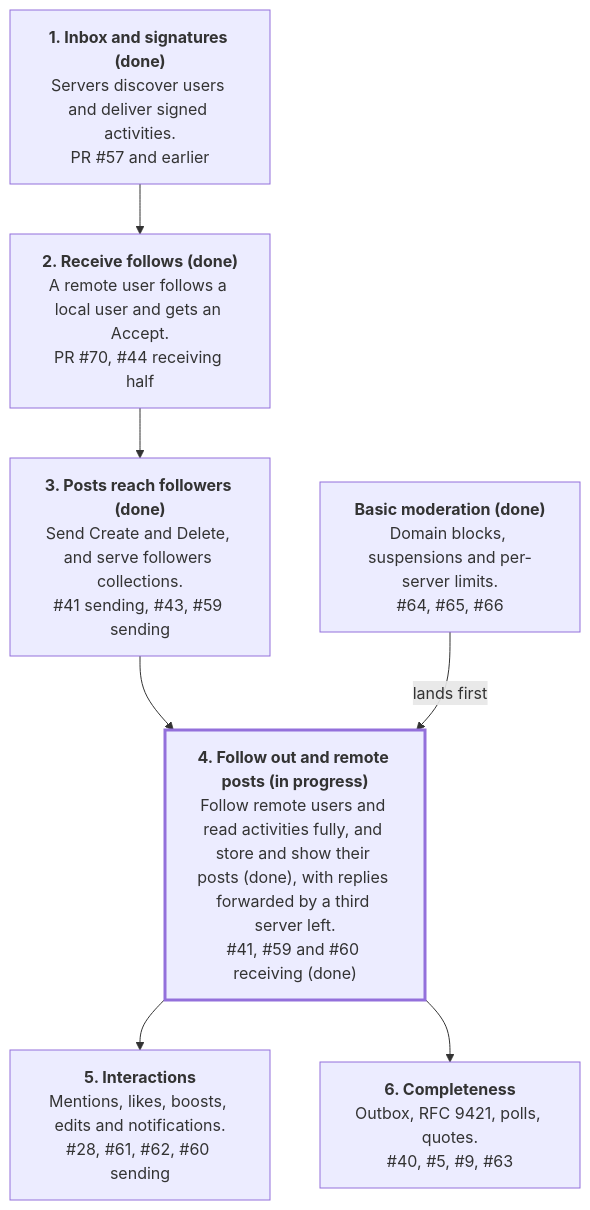
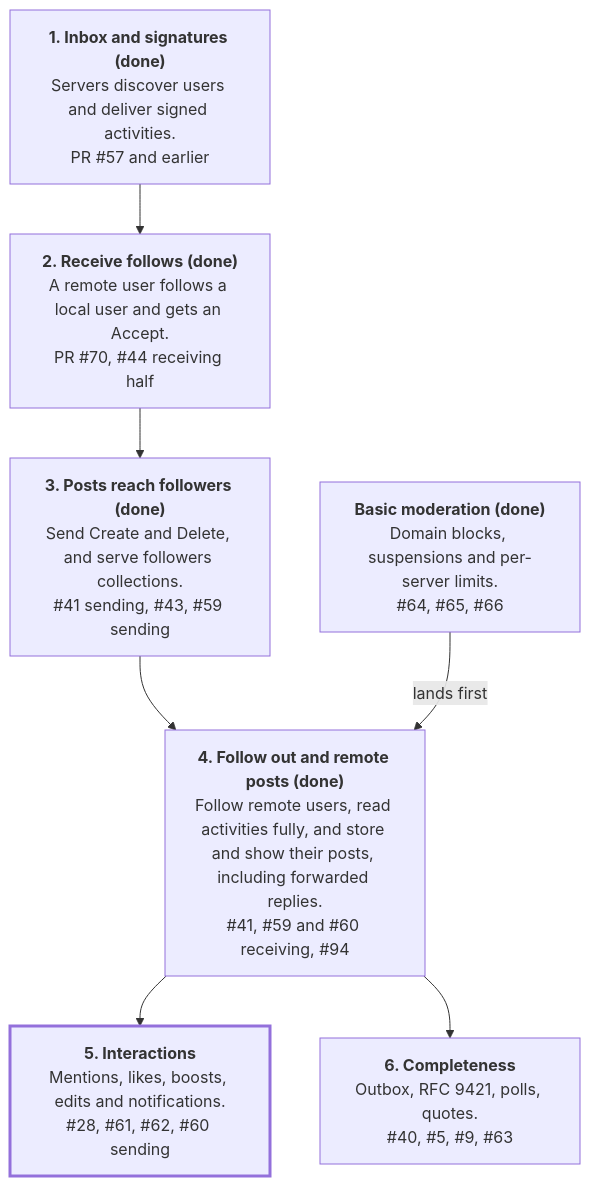
Before and after one commit to normikoto/elysium: the diagram in docs/federation-plan.md, drawn with Mermaid. The commit also changed other lines of this file and 33 other files, not shown here.

````diff
--- a/docs/federation-plan.md
+++ b/docs/federation-plan.md
@@ -25,16 +25,16 @@
 ```mermaid
 flowchart TD
     m1["<b>1. Inbox and signatures (done)</b><br/>Servers discover users and deliver signed activities.<br/>PR #57 and earlier"]
     m2["<b>2. Receive follows (done)</b><br/>A remote user follows a local user and gets an Accept.<br/>PR #70, #44 receiving half"]
     m3["<b>3. Posts reach followers (done)</b><br/>Send Create and Delete, and serve followers collections.<br/>#41 sending, #43, #59 sending"]
-    m4["<b>4. Follow out and remote posts (in progress)</b><br/>Follow remote users and read activities fully, and store and show their posts (done), with replies forwarded by a third server left.<br/>#41, #59 and #60 receiving (done)"]
+    m4["<b>4. Follow out and remote posts (done)</b><br/>Follow remote users, read activities fully, and store and show their posts, including forwarded replies.<br/>#41, #59 and #60 receiving, #94"]
     m5["<b>5. Interactions</b><br/>Mentions, likes, boosts, edits and notifications.<br/>#28, #61, #62, #60 sending"]
     mod["<b>Basic moderation (done)</b><br/>Domain blocks, suspensions and per-server limits.<br/>#64, #65, #66"]
     m6["<b>6. Completeness</b><br/>Outbox, RFC 9421, polls, quotes.<br/>#40, #5, #9, #63"]
 
     m1 --> m2 --> m3 --> m4 --> m5
     mod -- lands first --> m4
     m4 --> m6
 
-    style m4 stroke-width:3px
+    style m5 stroke-width:3px
 ```
````
